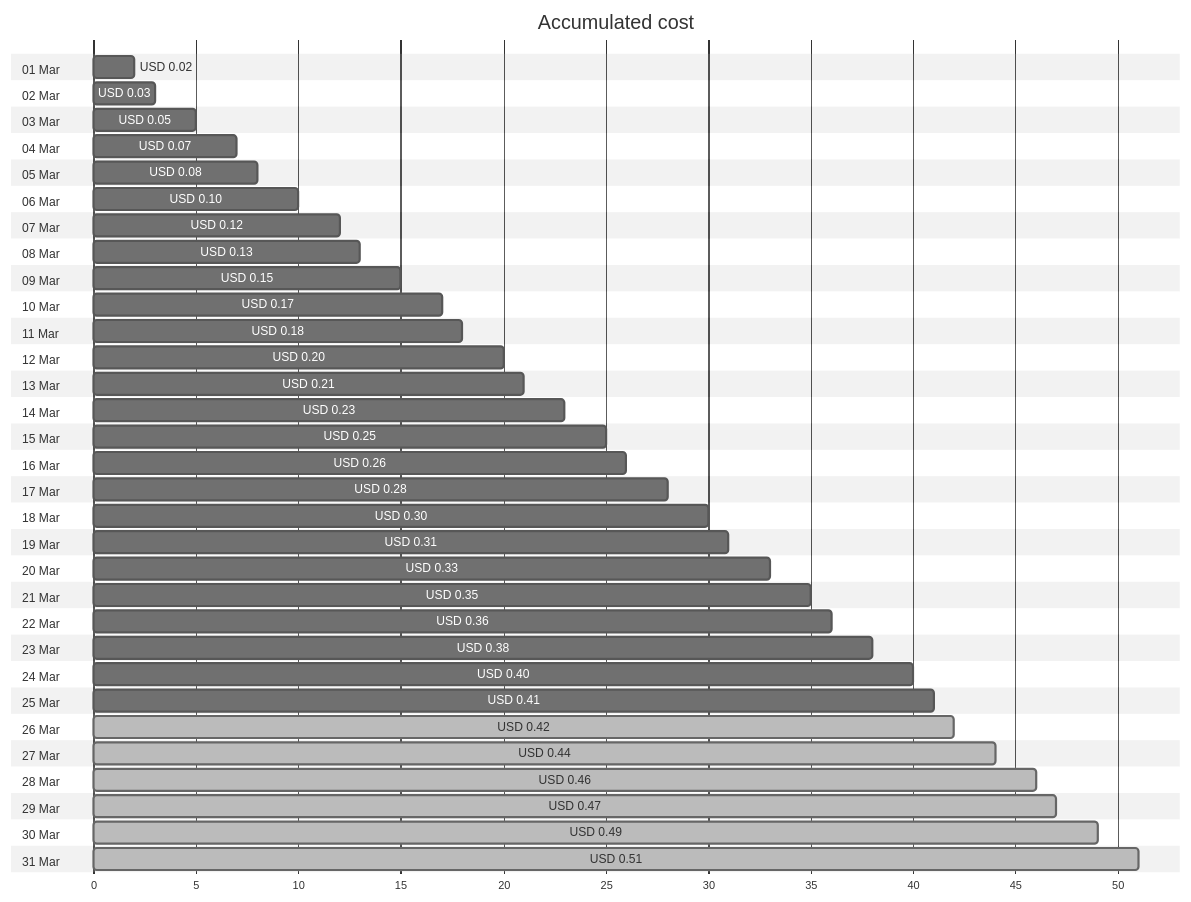
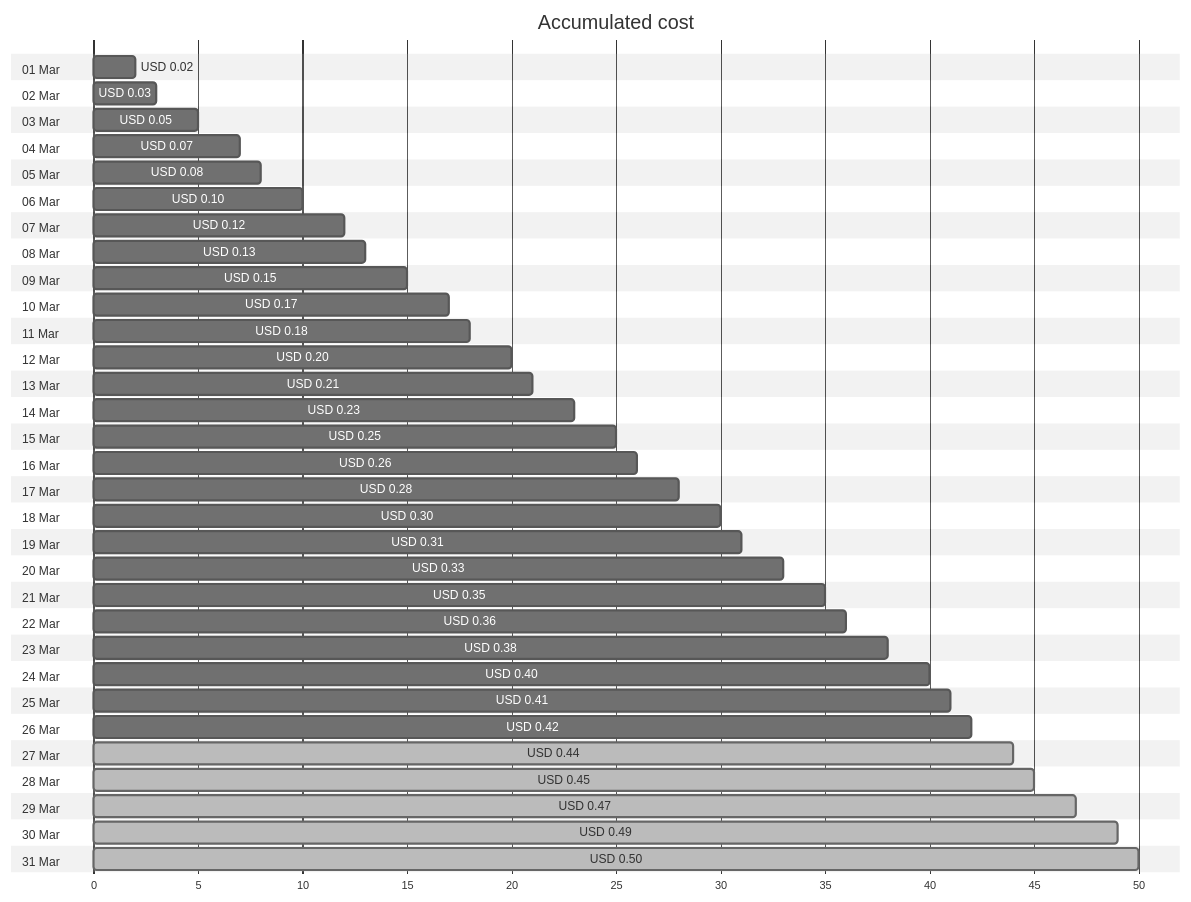
The first of 4 diagrams in cost-reports/personal-dns/jpatrickfulton.dev.md (jpfulton/azure-personal-reports), drawn with Mermaid (neutral theme) before and after one commit. The commit also changed other lines of this file and 2 other files, not shown here.

````diff
--- a/cost-reports/personal-dns/jpatrickfulton.dev.md
+++ b/cost-reports/personal-dns/jpatrickfulton.dev.md
@@ -20,68 +20,68 @@
 ```mermaid
 gantt
    title Accumulated cost
    dateFormat  X
    axisFormat %s
    section 01 Mar
    USD 0.02 :0, 2
    section 02 Mar
    USD 0.03 :0, 3
    section 03 Mar
    USD 0.05 :0, 5
    section 04 Mar
    USD 0.07 :0, 7
    section 05 Mar
    USD 0.08 :0, 8
    section 06 Mar
    USD 0.10 :0, 10
    section 07 Mar
    USD 0.12 :0, 12
    section 08 Mar
    USD 0.13 :0, 13
    section 09 Mar
    USD 0.15 :0, 15
    section 10 Mar
    USD 0.17 :0, 17
    section 11 Mar
    USD 0.18 :0, 18
    section 12 Mar
    USD 0.20 :0, 20
    section 13 Mar
    USD 0.21 :0, 21
    section 14 Mar
    USD 0.23 :0, 23
    section 15 Mar
    USD 0.25 :0, 25
    section 16 Mar
    USD 0.26 :0, 26
    section 17 Mar
    USD 0.28 :0, 28
    section 18 Mar
    USD 0.30 :0, 30
    section 19 Mar
    USD 0.31 :0, 31
    section 20 Mar
    USD 0.33 :0, 33
    section 21 Mar
    USD 0.35 :0, 35
    section 22 Mar
    USD 0.36 :0, 36
    section 23 Mar
    USD 0.38 :0, 38
    section 24 Mar
    USD 0.40 :0, 40
    section 25 Mar
    USD 0.41 :0, 41
    section 26 Mar
-   USD 0.42 : done, 0, 42
+   USD 0.42 :0, 42
    section 27 Mar
    USD 0.44 : done, 0, 44
    section 28 Mar
-   USD 0.46 : done, 0, 46
+   USD 0.45 : done, 0, 45
    section 29 Mar
    USD 0.47 : done, 0, 47
    section 30 Mar
    USD 0.49 : done, 0, 49
    section 31 Mar
-   USD 0.51 : done, 0, 51
+   USD 0.50 : done, 0, 50
 ```
````
